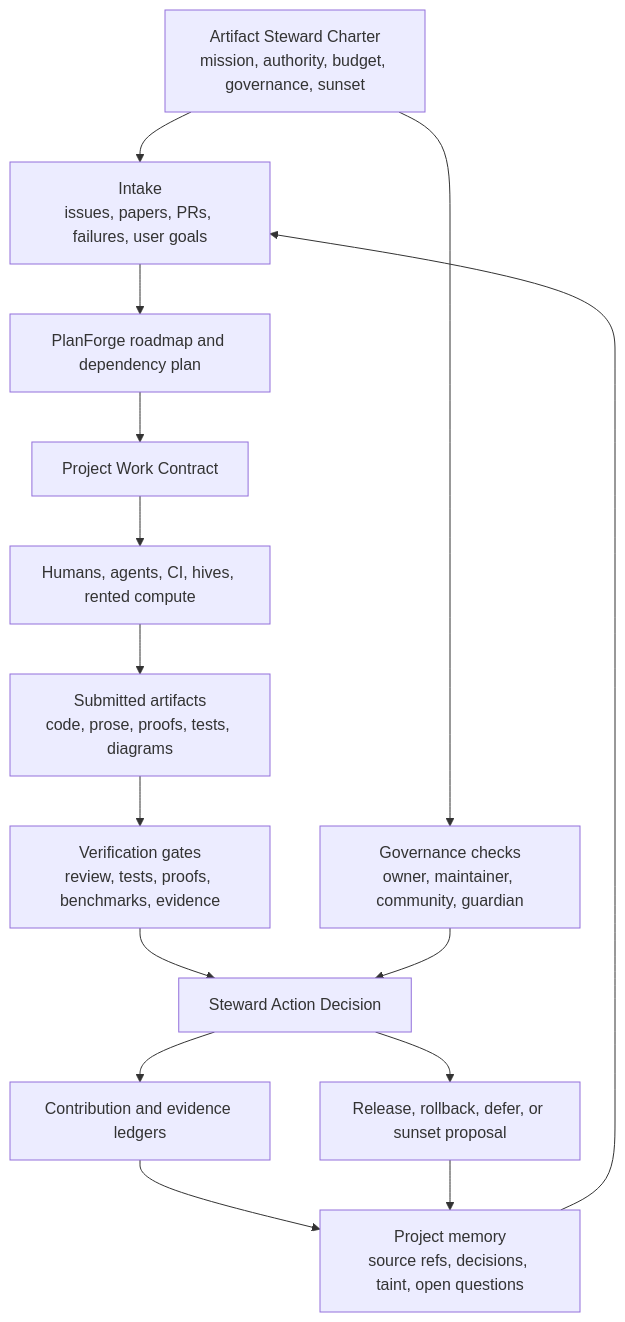
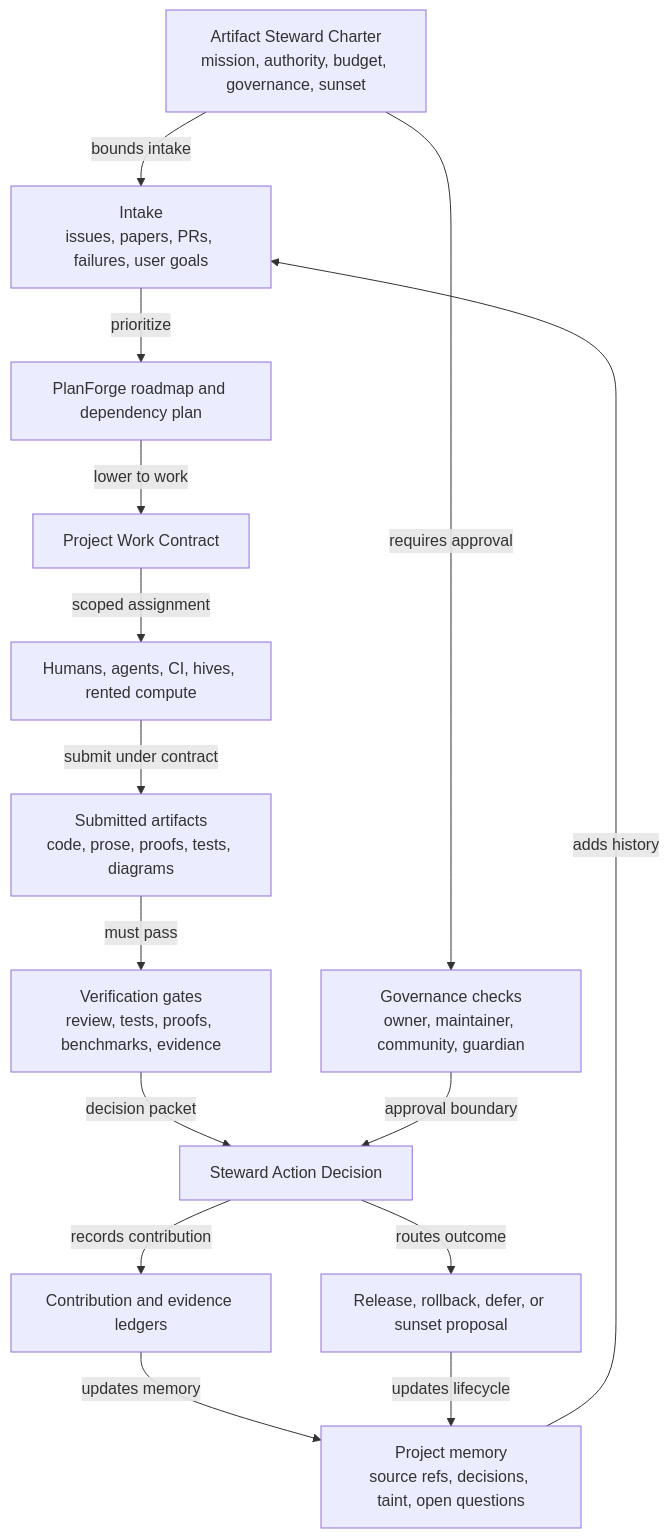
One commit to corbensorenson/asi-stack-book changed the diagram in chapters/artifact-steward-agents-and-living-project-governance.qmd. Above: the diagram before and after it, drawn with Mermaid. The commit also changed 23 other files, not shown here.

Commit message:
Clarify source appendices and diagram transitions

````diff
--- a/chapters/artifact-steward-agents-and-living-project-governance.qmd
+++ b/chapters/artifact-steward-agents-and-living-project-governance.qmd
@@ -114,17 +114,17 @@
 ```{mermaid}
 flowchart TD
-  charter["Artifact Steward Charter\nmission, authority, budget, governance, sunset"] --> intake["Intake\nissues, papers, PRs, failures, user goals"]
-  vcm["Project memory\nsource refs, decisions, taint, open questions"] --> intake
-  intake --> plan["PlanForge roadmap and dependency plan"]
-  plan --> contract["Project Work Contract"]
-  contract --> workers["Humans, agents, CI, hives, rented compute"]
-  workers --> artifacts["Submitted artifacts\ncode, prose, proofs, tests, diagrams"]
-  artifacts --> verify["Verification gates\nreview, tests, proofs, benchmarks, evidence"]
-  verify --> decision["Steward Action Decision"]
-  decision --> ledger["Contribution and evidence ledgers"]
-  decision --> release["Release, rollback, defer, or sunset proposal"]
-  ledger --> vcm
-  release --> vcm
-  charter --> gov["Governance checks\nowner, maintainer, community, guardian"]
-  gov --> decision
+  charter["Artifact Steward Charter\nmission, authority, budget, governance, sunset"] -- "bounds intake" --> intake["Intake\nissues, papers, PRs, failures, user goals"]
+  vcm["Project memory\nsource refs, decisions, taint, open questions"] -- "adds history" --> intake
+  intake -- "prioritize" --> plan["PlanForge roadmap and dependency plan"]
+  plan -- "lower to work" --> contract["Project Work Contract"]
+  contract -- "scoped assignment" --> workers["Humans, agents, CI, hives, rented compute"]
+  workers -- "submit under contract" --> artifacts["Submitted artifacts\ncode, prose, proofs, tests, diagrams"]
+  artifacts -- "must pass" --> verify["Verification gates\nreview, tests, proofs, benchmarks, evidence"]
+  verify -- "decision packet" --> decision["Steward Action Decision"]
+  decision -- "records contribution" --> ledger["Contribution and evidence ledgers"]
+  decision -- "routes outcome" --> release["Release, rollback, defer, or sunset proposal"]
+  ledger -- "updates memory" --> vcm
+  release -- "updates lifecycle" --> vcm
+  charter -- "requires approval" --> gov["Governance checks\nowner, maintainer, community, guardian"]
+  gov -- "approval boundary" --> decision
 ```
````
